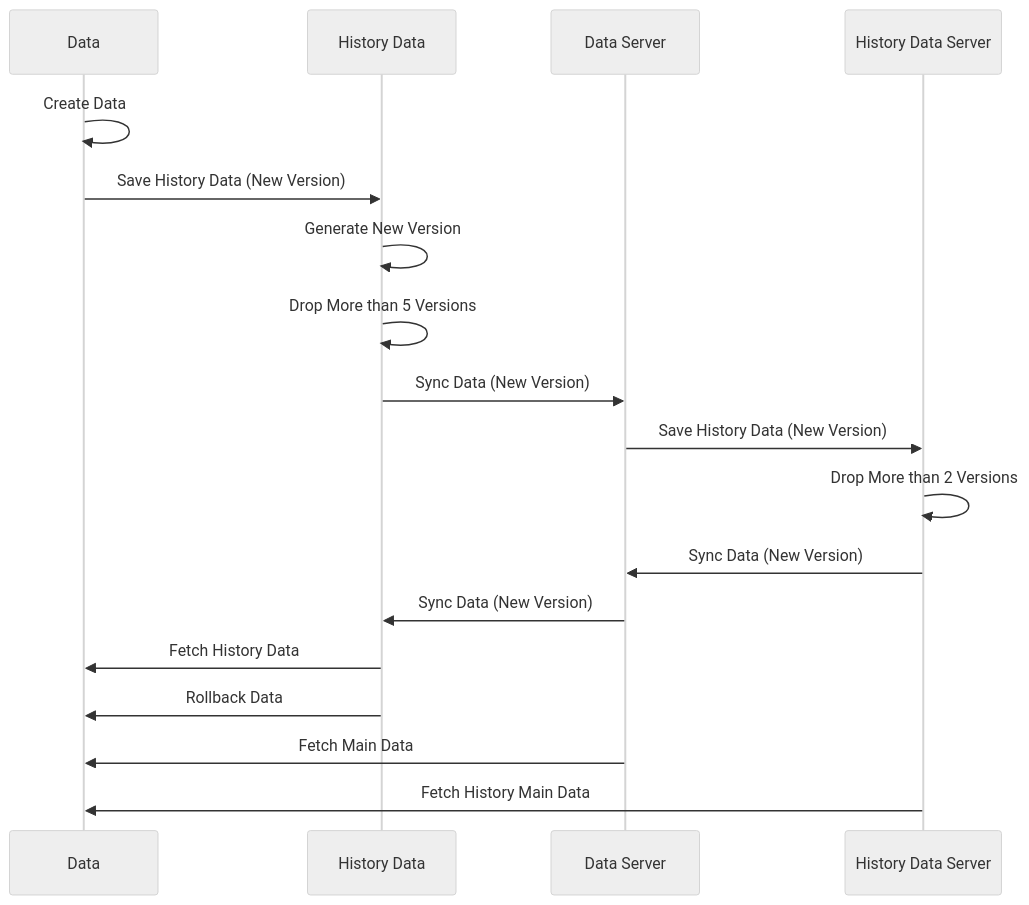
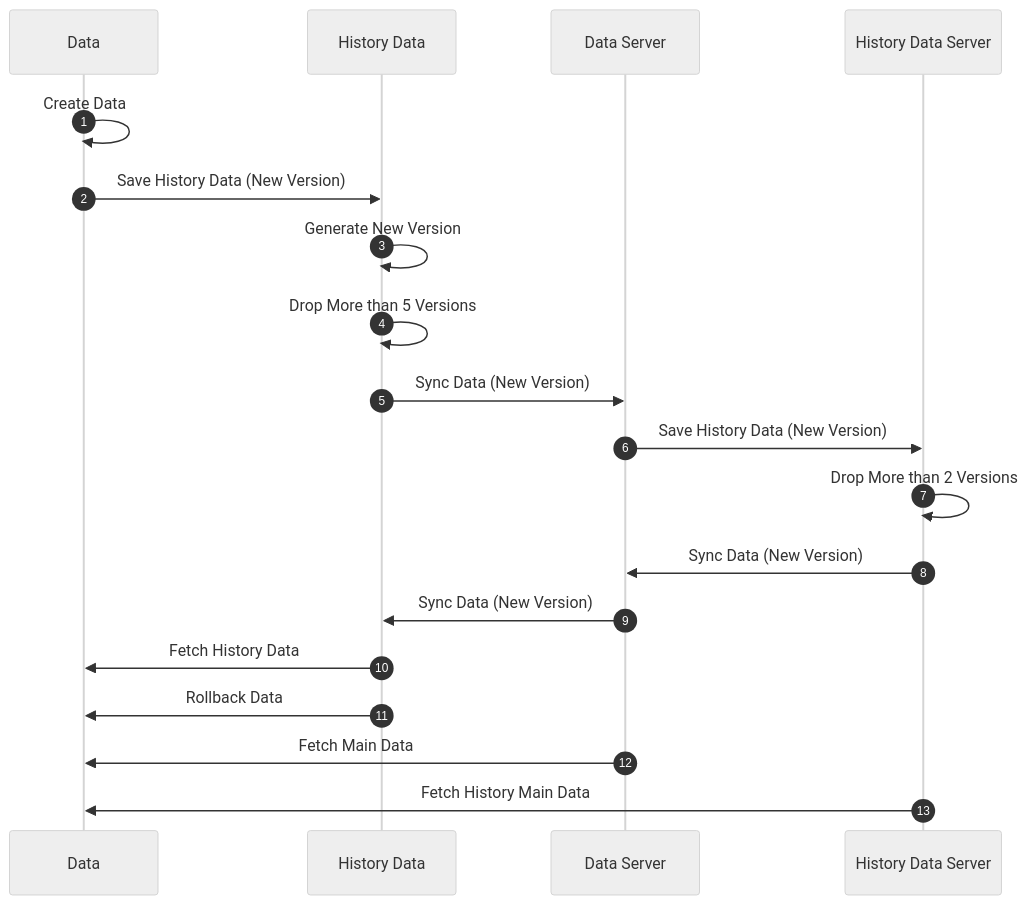
One commit to chuongmep/TestSQLiteSync changed the diagram in Readme.md. Above: the diagram before and after it, drawn with Mermaid (neutral theme).

````diff
--- a/Readme.md
+++ b/Readme.md
@@ -6,22 +6,23 @@
 ```mermaid
 sequenceDiagram
+    autonumber
     participant A as Data
     participant B as History Data
     participant C as Data Server
     participant D as History Data Server
 
     A->>A: Create Data
     A->>B: Save History Data (New Version)
     B->>B: Generate New Version
     B->>B: Drop More than 5 Versions
     B->>C: Sync Data (New Version)
     C->>D: Save History Data (New Version)
     D->>D: Drop More than 2 Versions
     D->>C: Sync Data (New Version)
     C->>B: Sync Data (New Version)
     B->>A: Fetch History Data
     B->>A: Rollback Data
     C->>A: Fetch Main Data
     D->>A: Fetch History Main Data
 
 ```
````
